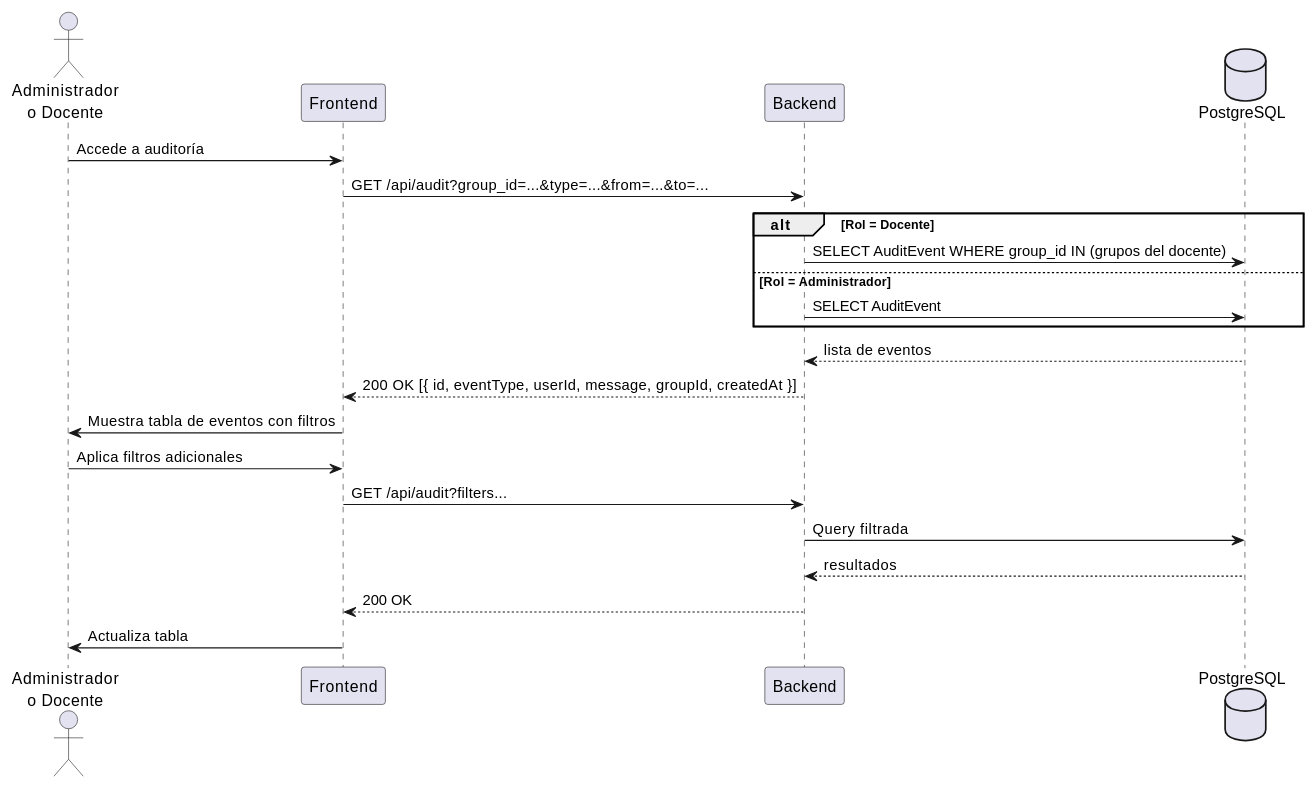
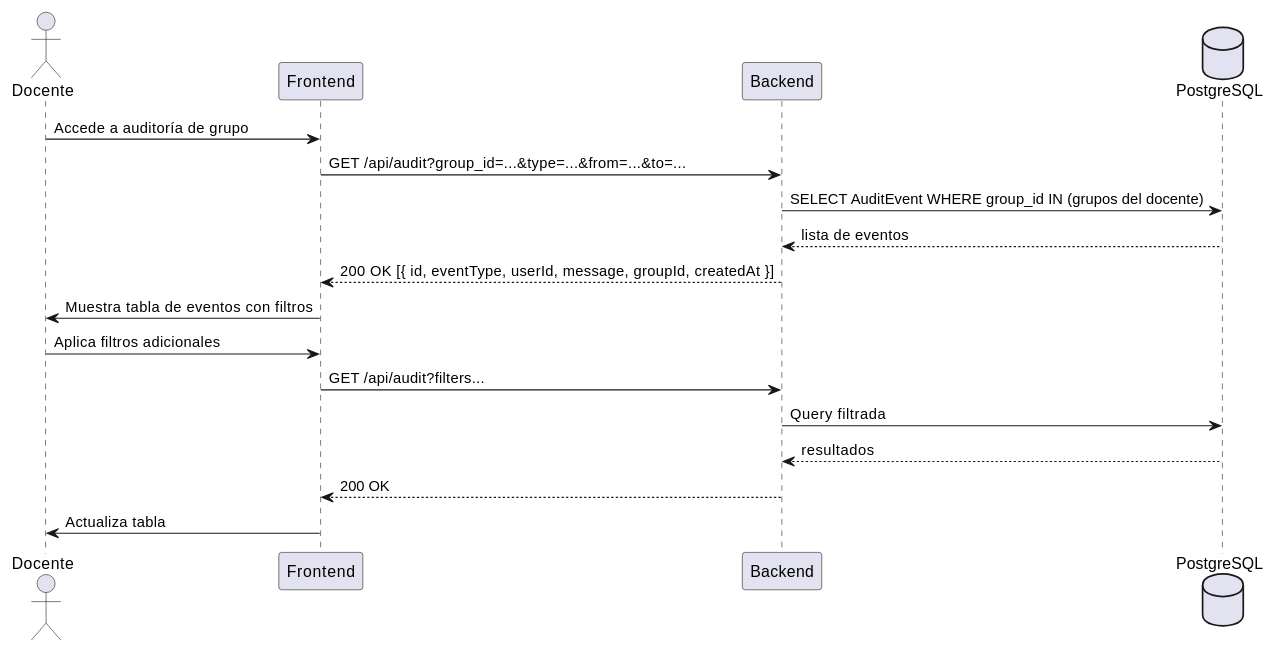
One commit to LinuxLab-UFPS/LinuxLab changed diagram 50 of 54 in docs/annexes/cu-especificacion.md. Above: the diagram before and after it, drawn with PlantUML. The commit also changed other lines of this file and 1 other file, not shown here.

````diff
--- a/docs/annexes/cu-especificacion.md
+++ b/docs/annexes/cu-especificacion.md
@@ -2214,29 +2211,24 @@
 ```plantuml
 @startuml
-actor "Administrador\no Docente" as U
+actor Docente as D
 participant "Frontend" as FE
 participant "Backend" as BE
 database "PostgreSQL" as DB
 
-U -> FE : Accede a auditoría
+D -> FE : Accede a auditoría de grupo
 FE -> BE : GET /api/audit?group_id=...&type=...&from=...&to=...
 
-alt Rol = Docente
-  BE -> DB : SELECT AuditEvent WHERE group_id IN (grupos del docente)
-else Rol = Administrador
-  BE -> DB : SELECT AuditEvent
-end
-
+BE -> DB : SELECT AuditEvent WHERE group_id IN (grupos del docente)
 DB --> BE : lista de eventos
 BE --> FE : 200 OK [{ id, eventType, userId, message, groupId, createdAt }]
-FE -> U : Muestra tabla de eventos con filtros
+FE -> D : Muestra tabla de eventos con filtros
 
-U -> FE : Aplica filtros adicionales
+D -> FE : Aplica filtros adicionales
 FE -> BE : GET /api/audit?filters...
 BE -> DB : Query filtrada
 DB --> BE : resultados
 BE --> FE : 200 OK
-FE -> U : Actualiza tabla
+FE -> D : Actualiza tabla
 
 @enduml
 ```
````
